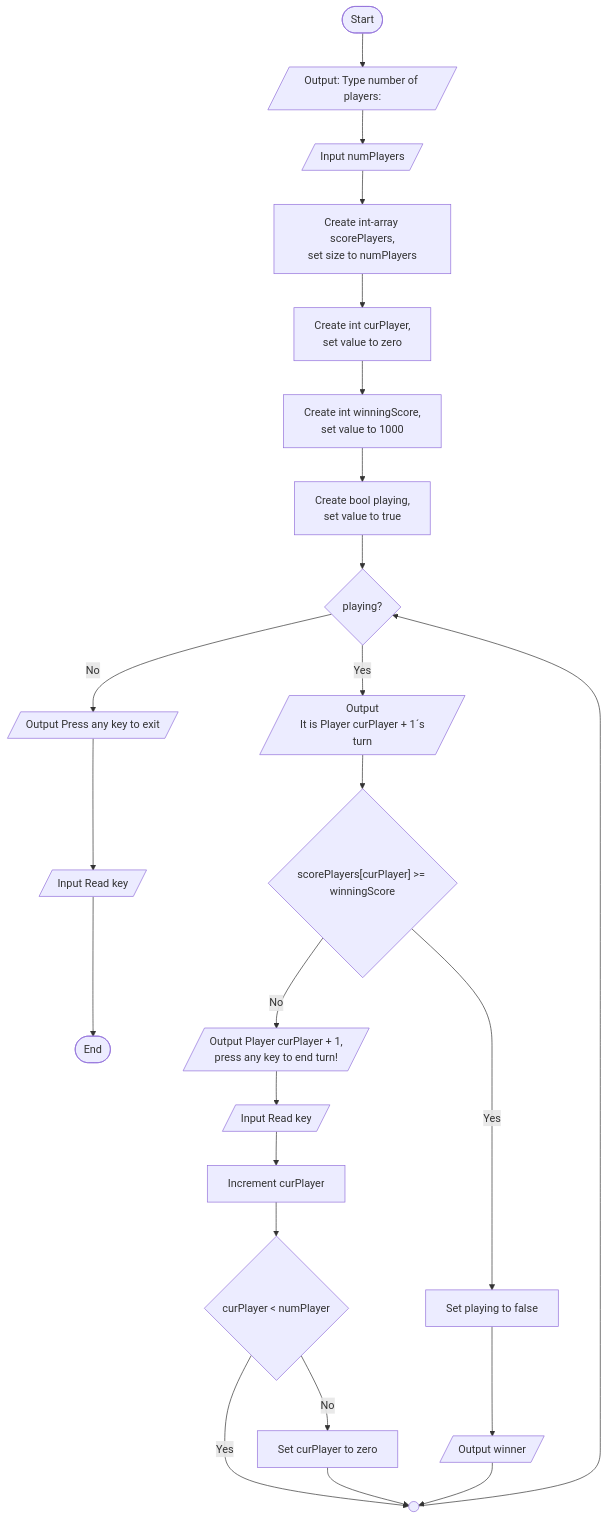
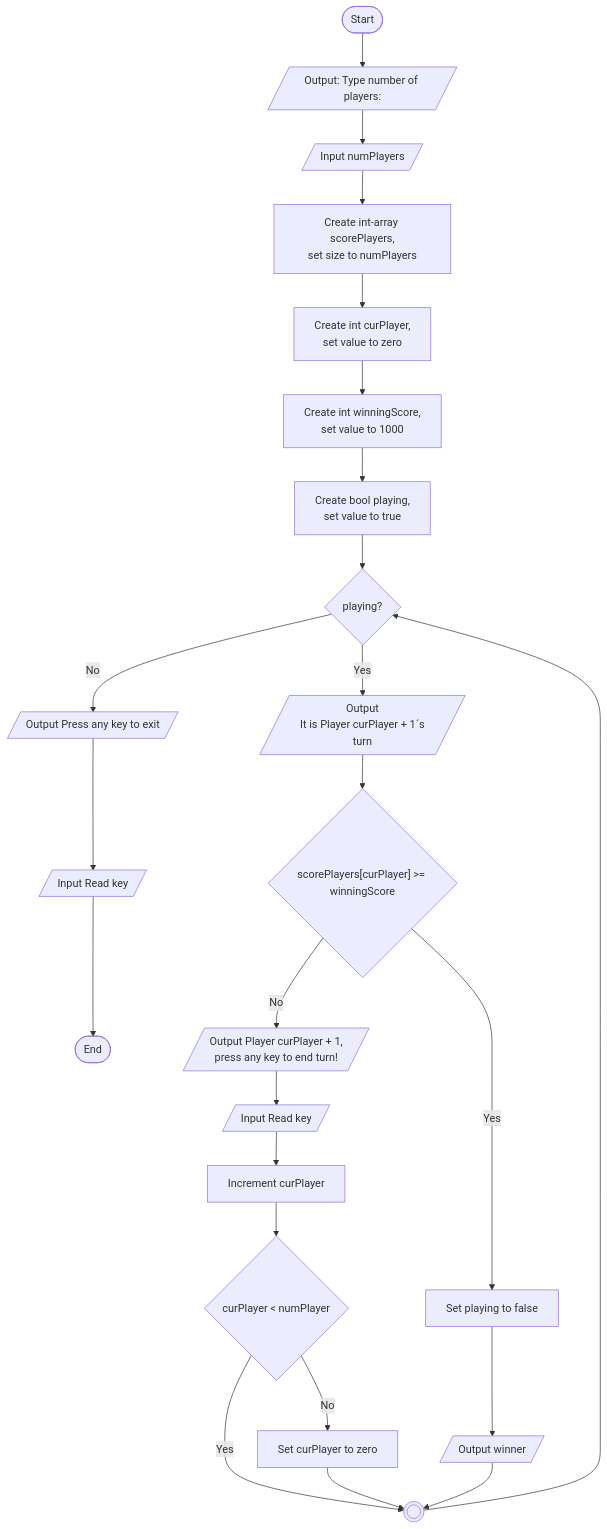
The diagram in docs/DiceGame/Gide1-Players.md (LbsLund/Assignments), drawn with Mermaid before and after one commit.

````diff
--- a/docs/DiceGame/Gide1-Players.md
+++ b/docs/DiceGame/Gide1-Players.md
@@ -14,27 +14,27 @@
 ```mermaid
 graph TD
 
 Start([Start])-->OutNumPlayer[/Output: Type number of players:/]
 OutNumPlayer-->InNumPlayers[/Input numPlayers/]
 InNumPlayers-->CreatePlayers[Create int-array scorePlayers,<br/>set size to numPlayers]
 CreatePlayers-->CreateCurrentPlayer[Create int curPlayer,<br/>set value to zero]
 CreateCurrentPlayer-->CreateWinniongScore[Create int winningScore,<br/>set value to 1000]
 CreateWinniongScore-->CreatePlaying[Create bool playing,<br/>set value to true]
 CreatePlaying-->GameLoop{playing?}
 GameLoop-- No -->GameOver[/Output Press any key to exit/]
 GameOver-->EndGame[/Input Read key/]
 EndGame-->End([End])
 GameLoop-- Yes -->OutputPlayer[/Output<br/> It is Player curPlayer + 1´s turn/]
 OutputPlayer-->DecideWinner{"scorePlayers[curPlayer] >= winningScore"}
 DecideWinner-- No -->TurnOver[/"Output Player curPlayer + 1,<br/> press any key to end turn!"/]
 TurnOver-->InKey2[/Input Read key/]
 InKey2-->IncrementPlayer[Increment curPlayer]
 IncrementPlayer-->ChangePlayer{curPlayer < numPlayer}
-ChangePlayer-- Yes -->GameLoopConector(( ))
+ChangePlayer-- Yes -->GameLoopConector((( )))
 ChangePlayer-- No -->ResetPlayer[Set curPlayer to zero]
 DecideWinner-- Yes -->PlayingFalse[Set playing to false]
 PlayingFalse-->Winner[/Output winner/]
 ResetPlayer-->GameLoopConector
 Winner-->GameLoopConector
 GameLoopConector-->GameLoop
 ```
````
